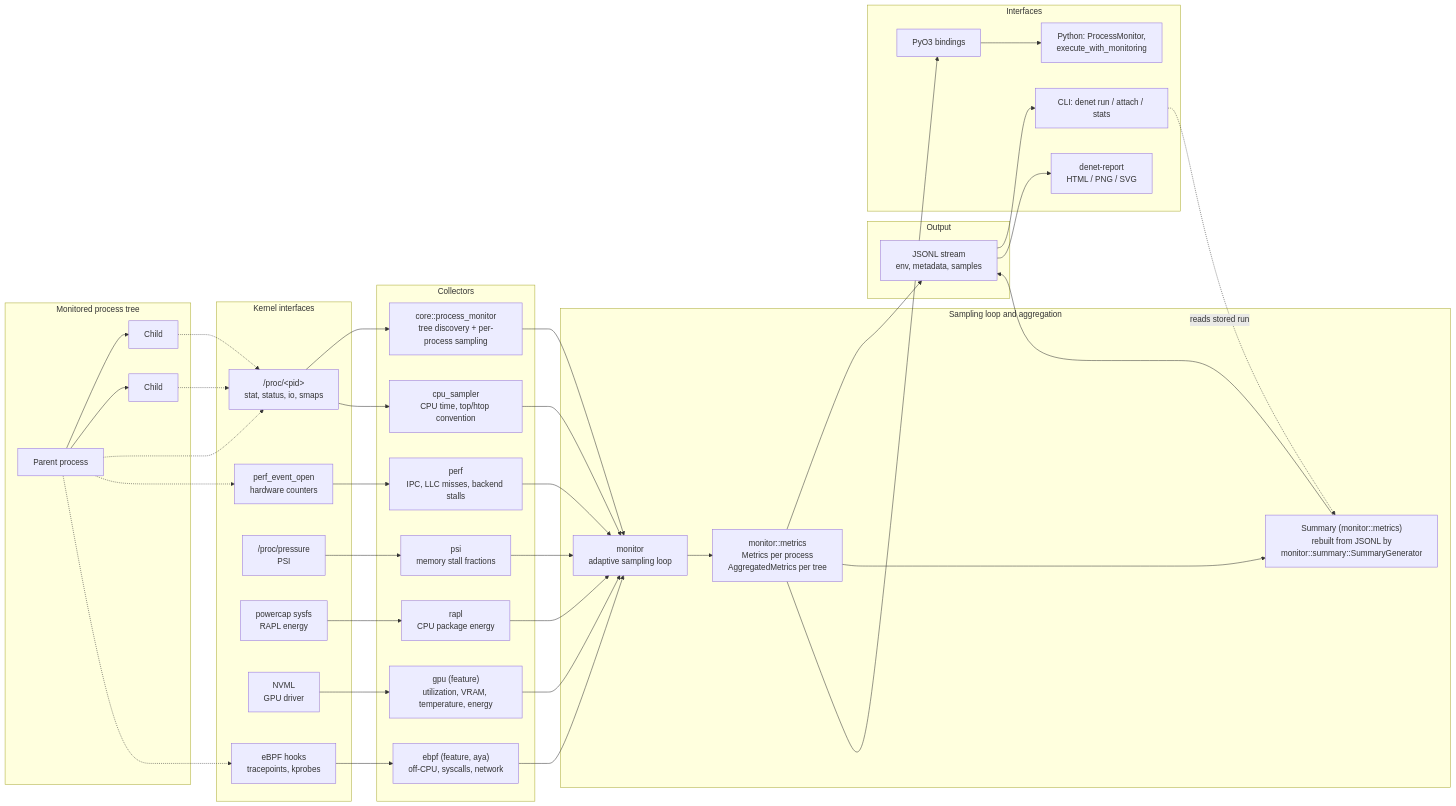
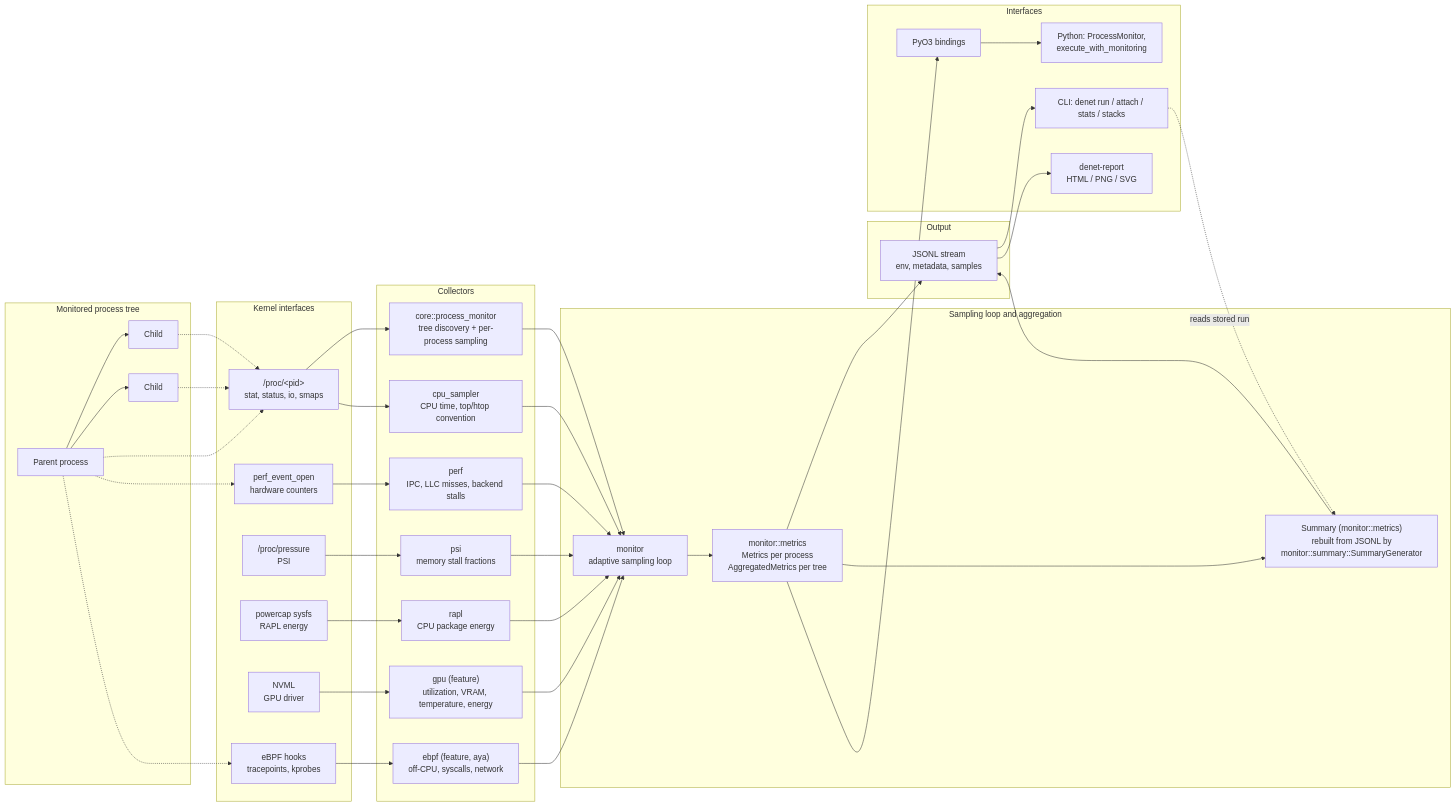
One commit to btraven00/denet changed the diagram in docs/architecture.md. Above: the diagram before and after it, drawn with Mermaid. The commit also changed 7 other files, not shown here.

First line of the commit message:
feat(cli): export off-CPU stacks for flamegraph tools (denet stacks)

````diff
--- a/docs/architecture.md
+++ b/docs/architecture.md
@@ -7,78 +7,78 @@
 ```mermaid
 flowchart LR
     subgraph TARGET["Monitored process tree"]
         P["Parent process"]
         C1["Child"]
         C2["Child"]
         P --> C1
         P --> C2
     end
 
     subgraph SOURCES["Kernel interfaces"]
         PROC["/proc/&lt;pid&gt;<br/>stat, status, io, smaps"]
         PERFEV["perf_event_open<br/>hardware counters"]
         PSIF["/proc/pressure<br/>PSI"]
         RAPLF["powercap sysfs<br/>RAPL energy"]
         NVML["NVML<br/>GPU driver"]
         BPF["eBPF hooks<br/>tracepoints, kprobes"]
     end
 
     subgraph COLLECT["Collectors"]
         PM["core::process_monitor<br/>tree discovery + per-process sampling"]
         CPUS["cpu_sampler<br/>CPU time, top/htop convention"]
         PERF["perf<br/>IPC, LLC misses, backend stalls"]
         PSI["psi<br/>memory stall fractions"]
         RAPL["rapl<br/>CPU package energy"]
         GPU["gpu (feature)<br/>utilization, VRAM, temperature, energy"]
         EBPF["ebpf (feature, aya)<br/>off-CPU, syscalls, network"]
     end
 
     subgraph CORE["Sampling loop and aggregation"]
         LOOP["monitor<br/>adaptive sampling loop"]
         MET["monitor::metrics<br/>Metrics per process<br/>AggregatedMetrics per tree"]
         SUM["Summary (monitor::metrics)<br/>rebuilt from JSONL by<br/>monitor::summary::SummaryGenerator"]
     end
 
     subgraph OUT["Output"]
         JSONL["JSONL stream<br/>env, metadata, samples"]
     end
 
     subgraph IFACE["Interfaces"]
-        CLI["CLI: denet run / attach / stats"]
+        CLI["CLI: denet run / attach / stats / stacks"]
         PYO3["PyO3 bindings"]
         PYAPI["Python: ProcessMonitor,<br/>execute_with_monitoring"]
         REPORT["denet-report<br/>HTML / PNG / SVG"]
     end
 
     P -.-> PROC
     C1 -.-> PROC
     C2 -.-> PROC
     P -.-> PERFEV
     P -.-> BPF
 
     PROC --> PM
     PROC --> CPUS
     PERFEV --> PERF
     PSIF --> PSI
     RAPLF --> RAPL
     NVML --> GPU
     BPF --> EBPF
 
     PM --> LOOP
     CPUS --> LOOP
     PERF --> LOOP
     PSI --> LOOP
     RAPL --> LOOP
     GPU --> LOOP
     EBPF --> LOOP
 
     LOOP --> MET
     MET --> JSONL
     MET --> SUM
     SUM --> JSONL
 
     JSONL --> CLI
     JSONL --> REPORT
     MET --> PYO3 --> PYAPI
     CLI -.reads stored run.-> SUM
 ```
````
